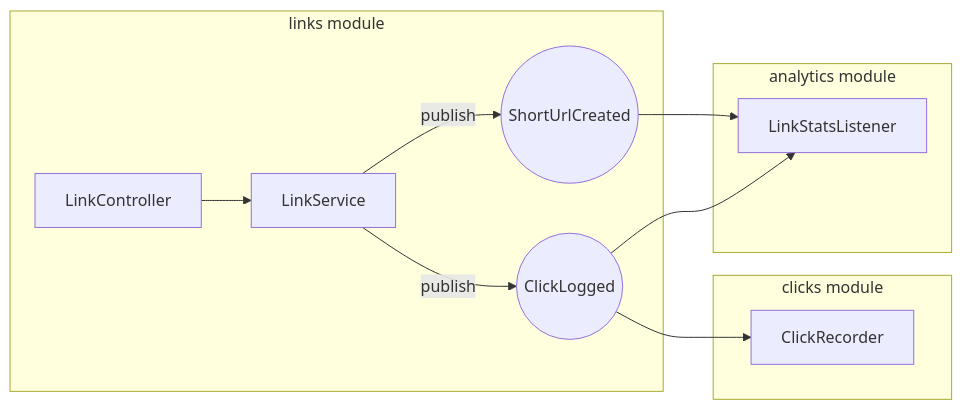
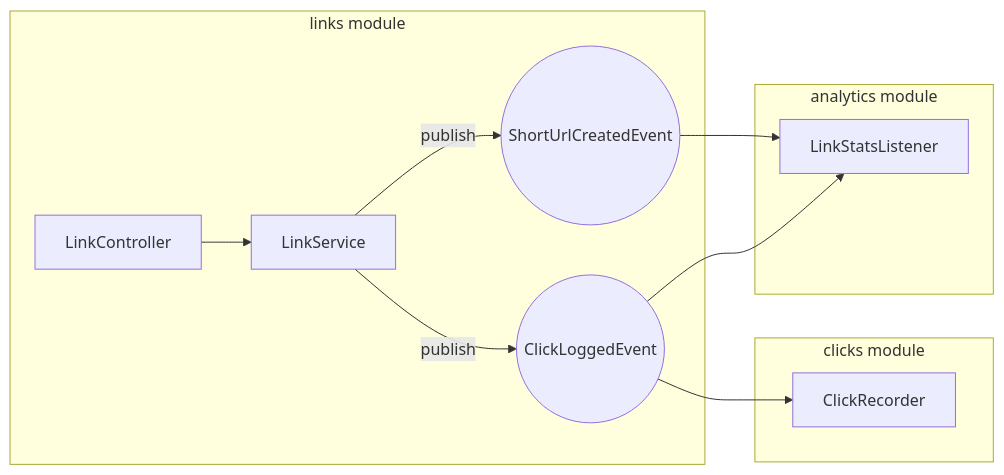
The diagram in README.md (UNIZAR-30246-WebEngineering/urlshortener), drawn with Mermaid before and after one commit. The commit also changed other lines of this file and 3 other files, not shown here.

````diff
--- a/README.md
+++ b/README.md
@@ -93,15 +93,15 @@
 ```mermaid
 flowchart LR
   subgraph links [links module]
     LC[LinkController] --> LS[LinkService]
-    LS -->|publish| SUC((ShortUrlCreated))
-    LS -->|publish| CL((ClickLogged))
+    LS -->|publish| SUC((ShortUrlCreatedEvent))
+    LS -->|publish| CL((ClickLoggedEvent))
   end
   subgraph clicks [clicks module]
     CL --> CR[ClickRecorder]
   end
   subgraph analytics [analytics module]
     SUC --> LSL[LinkStatsListener]
     CL --> LSL
   end
 ```
````
